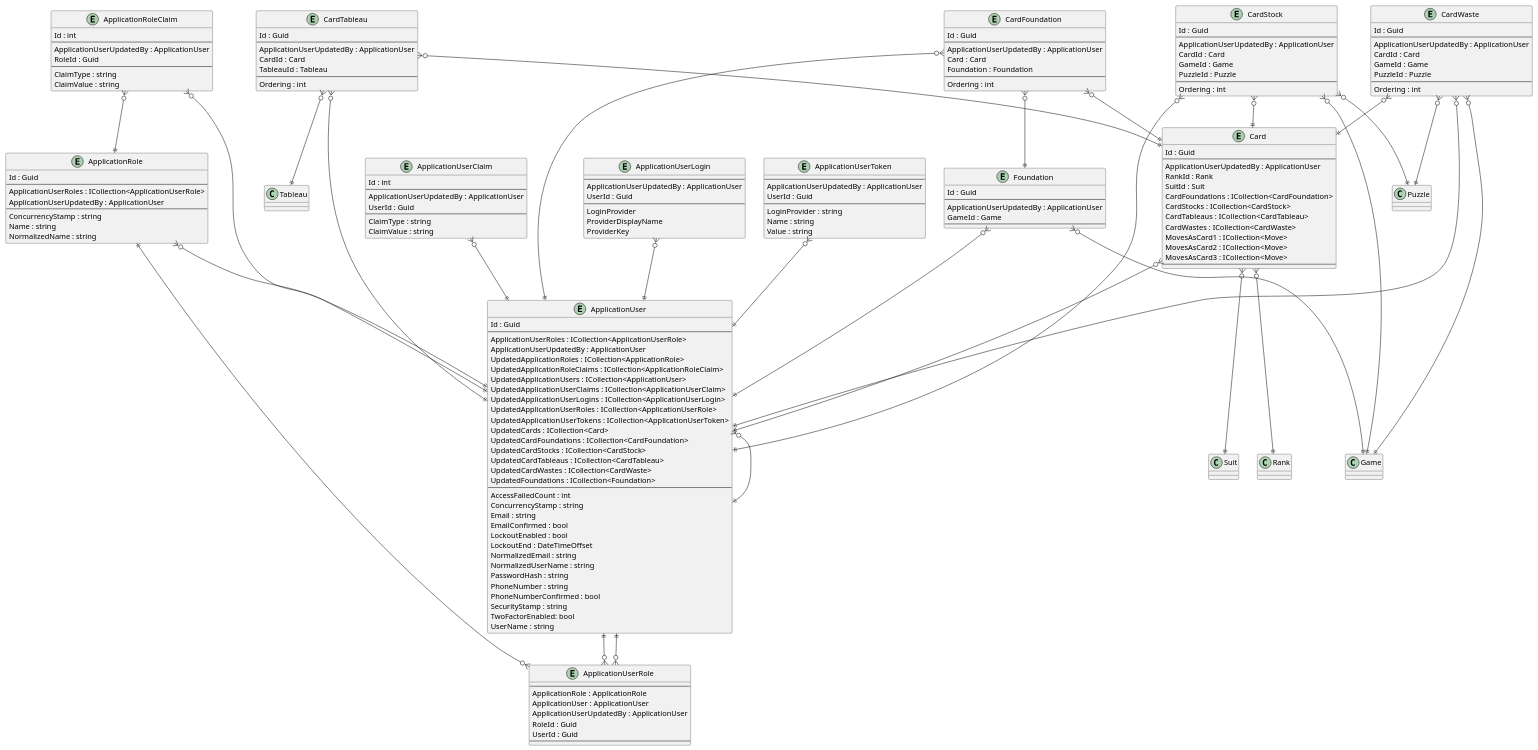
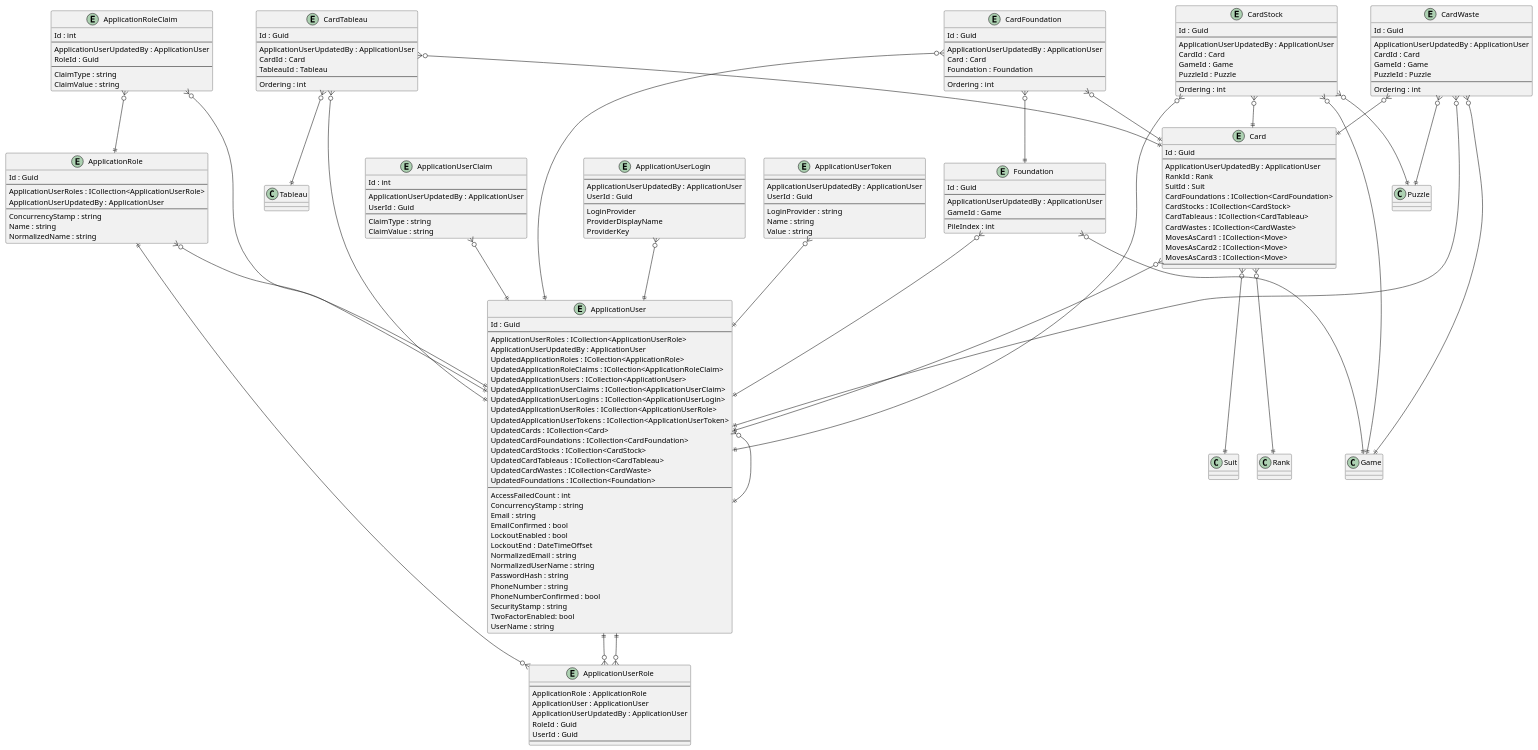
Before and after one commit to intrepion/intrepion_klondike-solitaire_csharp: the diagram in .docs/Intrepion.KlondikeSolitaire.pu, drawn with PlantUML.

```diff
--- a/.docs/Intrepion.KlondikeSolitaire.pu
+++ b/.docs/Intrepion.KlondikeSolitaire.pu
@@ -172,6 +172,7 @@
     GameId : Game
     ' FoundationKeyCodePlaceholder
     --
+    PileIndex : int
     ' FoundationPropertyCodePlaceholder
 }
 
```
